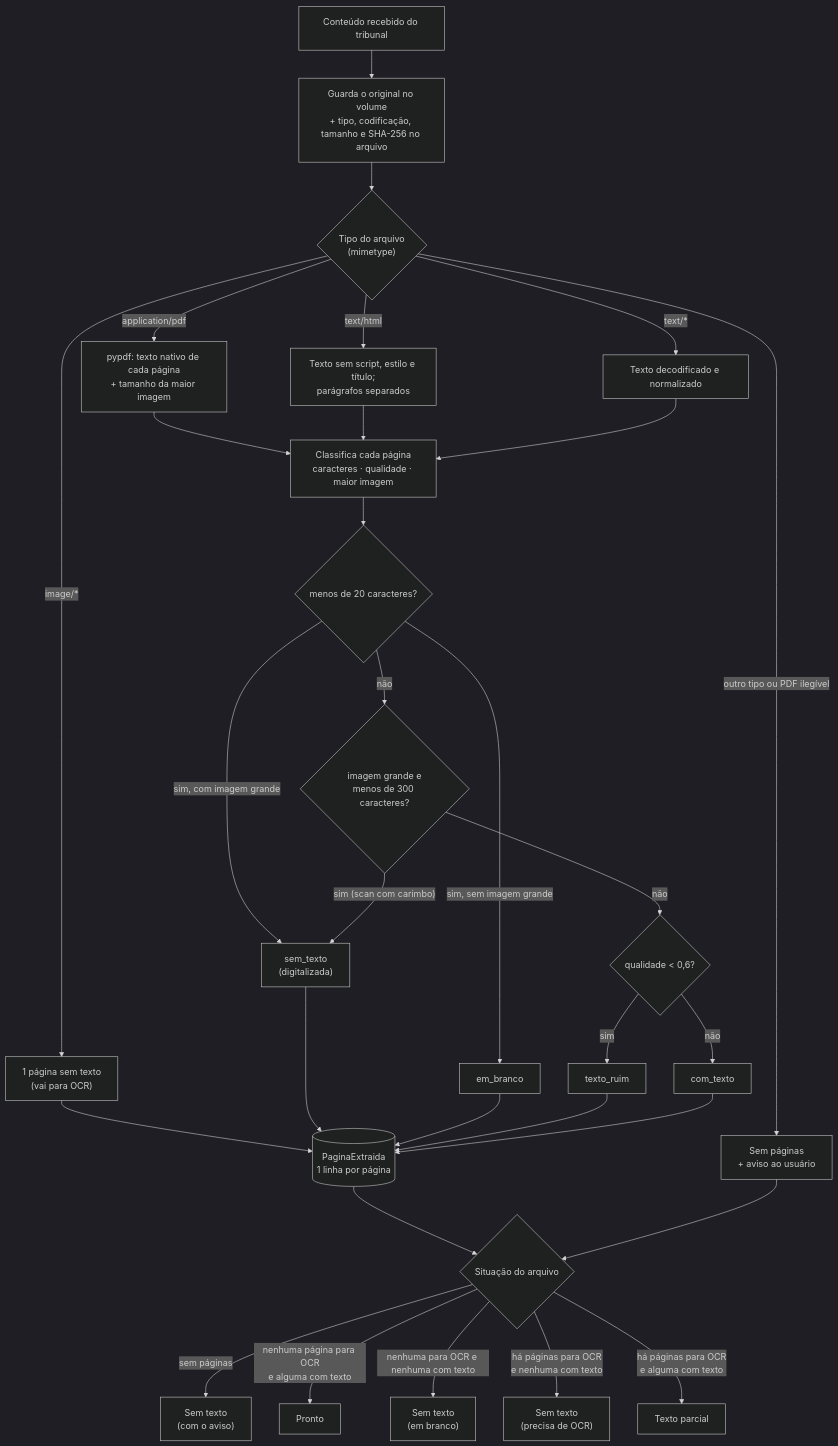
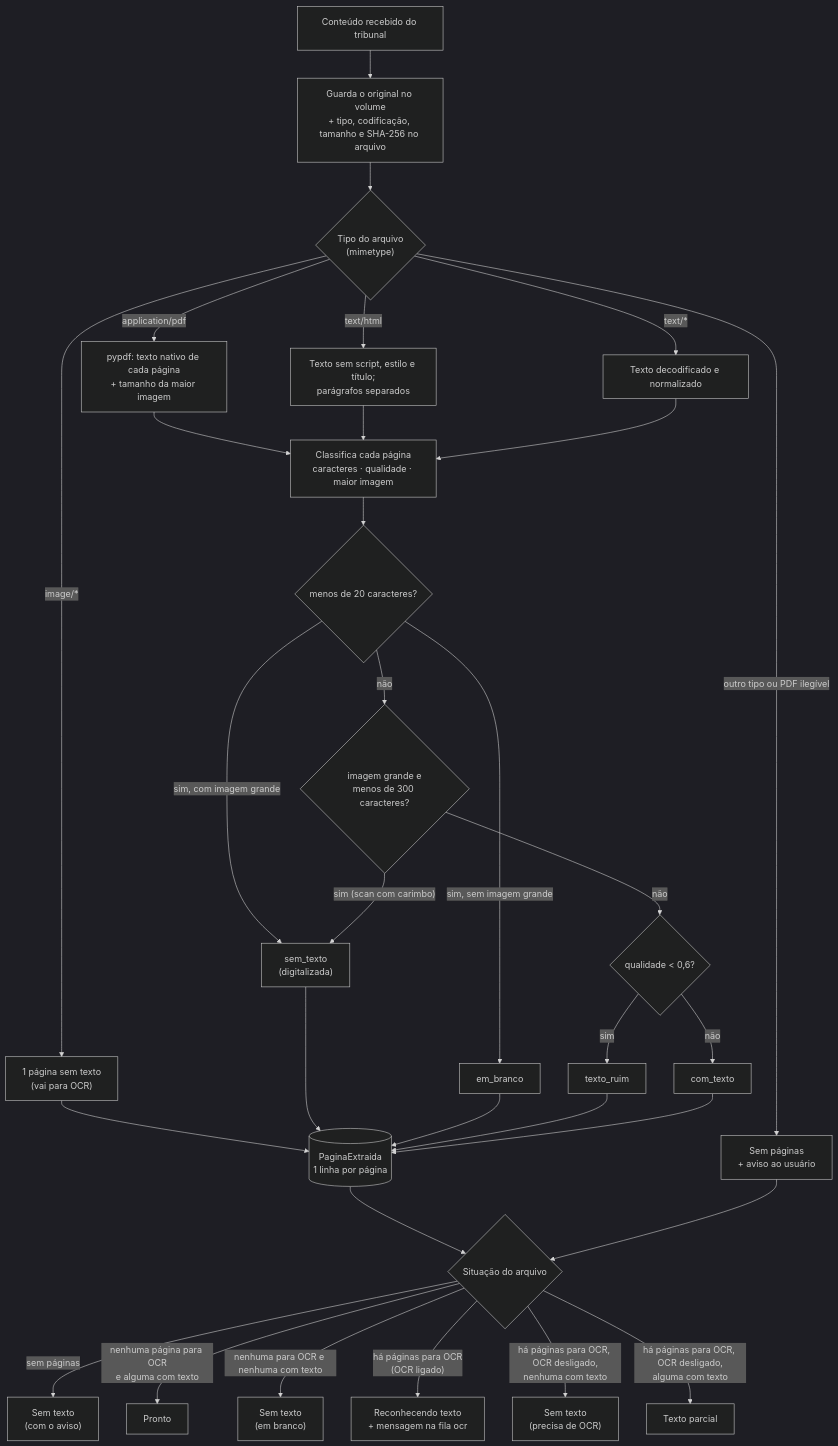
The third of 6 diagrams in ingestao/docs/fluxo-da-ingestao.md (PauloTorresApps/EloJudicial), drawn with Mermaid (dark theme) before and after one commit. The commit also changed other lines of this file, not shown here.

Commit message:
docs: fila ocr e situação reconhecendo no fluxo da ingestão

````diff
--- a/ingestao/docs/fluxo-da-ingestao.md
+++ b/ingestao/docs/fluxo-da-ingestao.md
@@ -110,40 +121,41 @@
 ```mermaid
 flowchart TD
     D["Conteúdo recebido do tribunal"] --> G["Guarda o original no volume<br/>+ tipo, codificação, tamanho e SHA-256 no arquivo"]
     G --> TIPO{"Tipo do arquivo<br/>(mimetype)"}
 
     TIPO -->|"application/pdf"| PDF["pypdf: texto nativo de cada página<br/>+ tamanho da maior imagem"]
     TIPO -->|"text/html"| HTML["Texto sem script, estilo e título;<br/>parágrafos separados"]
     TIPO -->|"text/*"| TXT["Texto decodificado e normalizado"]
     TIPO -->|"image/*"| IMG["1 página sem texto<br/>(vai para OCR)"]
     TIPO -->|"outro tipo ou PDF ilegível"| NADA["Sem páginas<br/>+ aviso ao usuário"]
 
     PDF --> C
     HTML --> C
     TXT --> C
     C["Classifica cada página<br/>caracteres · qualidade · maior imagem"]
 
     C --> R1{"menos de 20 caracteres?"}
     R1 -->|"sim, com imagem grande"| SEM["sem_texto<br/>(digitalizada)"]
     R1 -->|"sim, sem imagem grande"| BR["em_branco"]
     R1 -->|"não"| R2{"imagem grande e<br/>menos de 300 caracteres?"}
     R2 -->|"sim (scan com carimbo)"| SEM
     R2 -->|"não"| R3{"qualidade &lt; 0,6?"}
     R3 -->|"sim"| RUIM["texto_ruim"]
     R3 -->|"não"| COM["com_texto"]
 
     IMG --> P
     SEM --> P
     BR --> P
     RUIM --> P
     COM --> P
     P[("PaginaExtraida<br/>1 linha por página")] --> S
     NADA --> S
 
     S{"Situação do arquivo"}
     S -->|"sem páginas"| AS["Sem texto<br/>(com o aviso)"]
     S -->|"nenhuma página para OCR<br/>e alguma com texto"| AP["Pronto"]
     S -->|"nenhuma para OCR e nenhuma com texto"| AB["Sem texto<br/>(em branco)"]
-    S -->|"há páginas para OCR<br/>e nenhuma com texto"| AO["Sem texto<br/>(precisa de OCR)"]
-    S -->|"há páginas para OCR<br/>e alguma com texto"| APC["Texto parcial"]
+    S -->|"há páginas para OCR<br/>(OCR ligado)"| ARC["Reconhecendo texto<br/>+ mensagem na fila ocr"]
+    S -->|"há páginas para OCR, OCR desligado,<br/>nenhuma com texto"| AO["Sem texto<br/>(precisa de OCR)"]
+    S -->|"há páginas para OCR, OCR desligado,<br/>alguma com texto"| APC["Texto parcial"]
 ```
````
